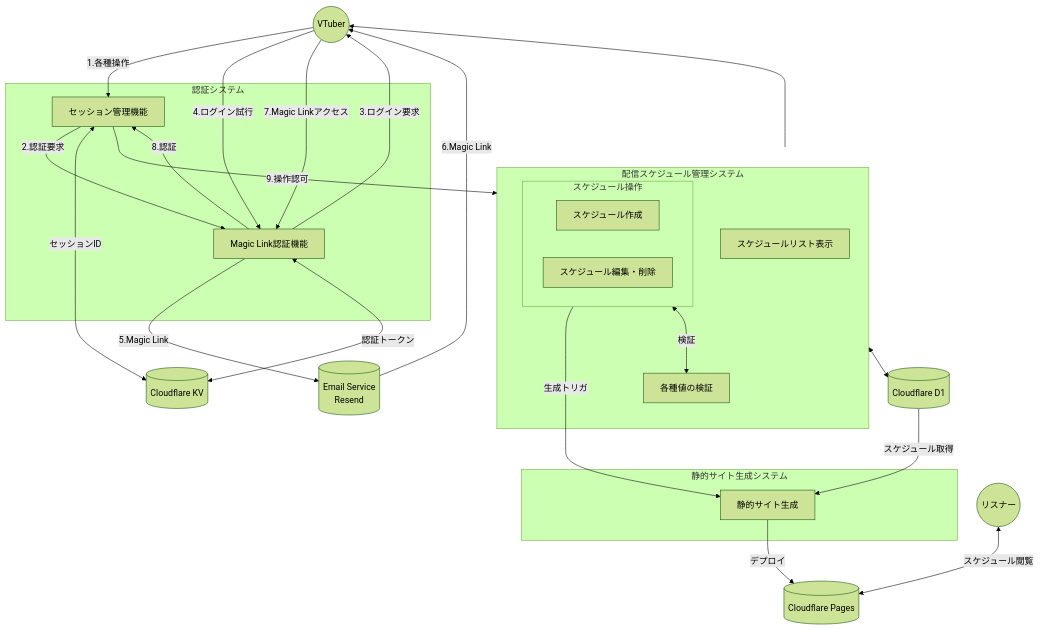
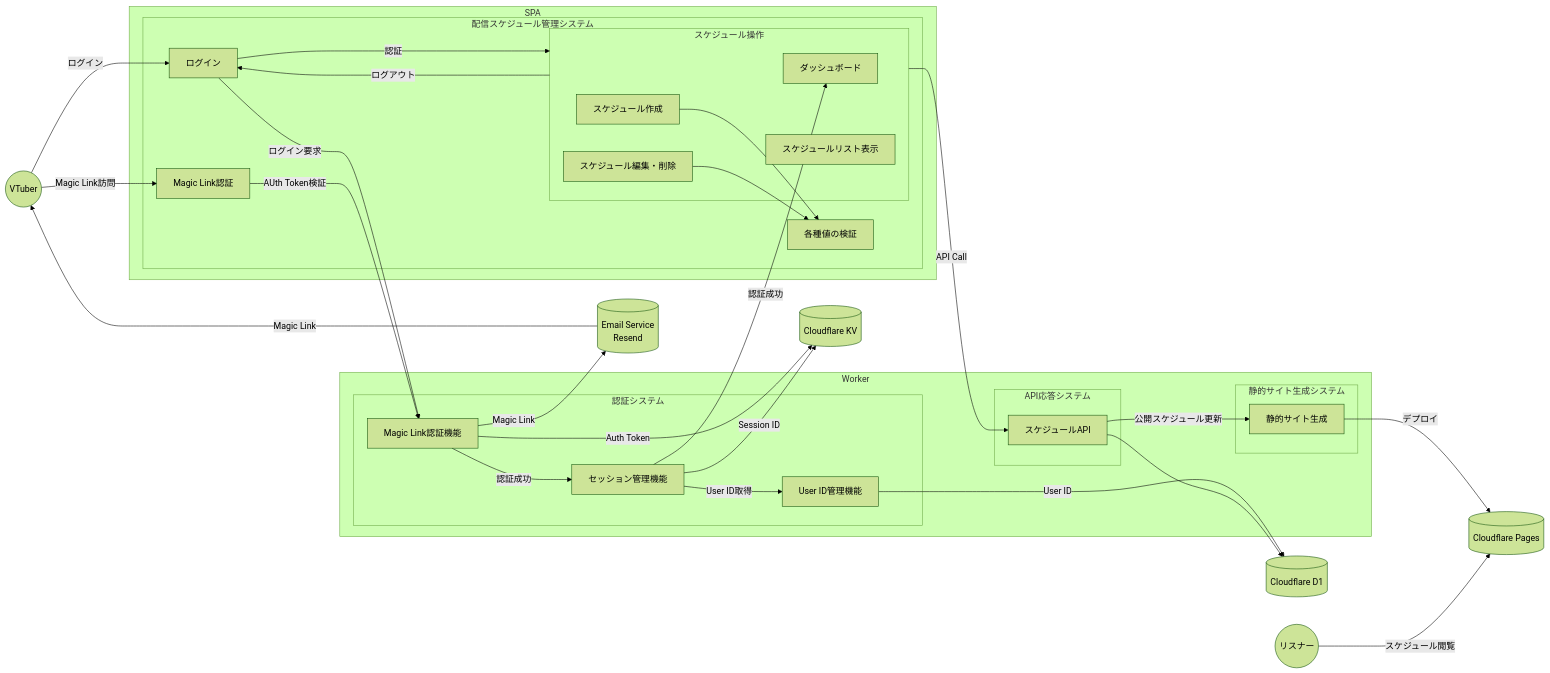
The first of 7 diagrams in doc/devel/PHASE_01/01_05_FUNCTIONAL_SPEC.md (osawa-naotaka/vtunehub), drawn with Mermaid (forest theme) before and after one commit. The commit also changed other lines of this file and 1 other file, not shown here.

````diff
--- a/doc/devel/PHASE_01/01_05_FUNCTIONAL_SPEC.md
+++ b/doc/devel/PHASE_01/01_05_FUNCTIONAL_SPEC.md
@@ -18,5 +18,5 @@
 ```mermaid
-graph TB
+graph LR
 
   %% Actor and External Services
   ACTOR_VTUBER(("VTuber"))
@@ -26,63 +26,87 @@
   SV_D1[("Cloudflare D1")]
   SV_PAGES[("Cloudflare Pages")]
   
+  subgraph ENV_WORKER["Worker"]
+    %% AUth system
+    subgraph SYS_AUTH["認証システム"]
+      FN_AUTH["Magic Link認証機能"]
+      FN_SESSION["セッション管理機能"]
+      FN_USER["User ID管理機能"]
+    end
 
-  %% AUth system
-  subgraph SYS_AUTH["認証システム"]
-    FN_AUTH["Magic Link認証機能"]
-    FN_SESSION["セッション管理機能"]
+    %% API Response
+    subgraph SYS_API["API応答システム"]
+      FN_API_SCHED["スケジュールAPI"]
+    end
+
+    %% Static Site Generation
+    subgraph SYS_DEPLOY["静的サイト生成システム"]
+      FN_DEPLOY["静的サイト生成"]
+    end
   end
 
-  %% Auth flow
-  ACTOR_VTUBER --"1.各種操作"--> FN_SESSION
-    FN_SESSION --"2.認証要求"--> FN_AUTH
-  FN_AUTH --"3.ログイン要求"--> ACTOR_VTUBER
-  ACTOR_VTUBER --"4.ログイン試行"--> FN_AUTH
-  FN_AUTH --"5.Magic Link"--> SV_EMAIL
-  SV_EMAIL --"6.Magic Link"--> ACTOR_VTUBER
-  ACTOR_VTUBER --"7.Magic Linkアクセス"--> FN_AUTH
-    FN_AUTH --"8.認証"--> FN_SESSION
-  FN_SESSION --"9.操作認可"--> SYS_SCHED
+  subgraph ENV_SPA["SPA"]
+    %% Schedule Managament System
+    subgraph SYS_SCHED["配信スケジュール管理システム"]
+      FN_LOGIN["ログイン"]
+      FN_SPA_AUTH["Magic Link認証"]
+      subgraph FN_SCHED["スケジュール操作"]
+        FN_DASHBOARD["ダッシュボード"]
+        FN_CREATE["スケジュール作成"]
+        FN_EDIT["スケジュール編集・削除"]
+        FN_LIST["スケジュールリスト表示"]
+      end
+      FN_VALID["各種値の検証"]
 
-  %% Token and ID Storage
-  FN_SESSION <--"セッションID"--> SV_KV
-  FN_AUTH <--"認証トークン"--> SV_KV
+      FN_CREATE --> FN_VALID
+      FN_EDIT --> FN_VALID
+    end
+  end
 
 
+  %% ログイン
+  ACTOR_VTUBER --"ログイン"--> FN_LOGIN
+  FN_LOGIN --"認証"--> FN_SCHED
+  FN_SCHED --"ログアウト"--> FN_LOGIN
 
-  %% Static Site Generation
-  subgraph SYS_DEPLOY["静的サイト生成システム"]
-    FN_DEPLOY["静的サイト生成"]
-  end
+  %% SPA to Worker
+  FN_LOGIN --"ログイン要求"--> FN_AUTH
 
-  FN_SCHED_MANIPULATE --"生成トリガ"--> FN_DEPLOY
+  %% Auth
+  FN_AUTH --"認証成功"--> FN_SESSION
+  FN_SESSION --"User ID取得"--> FN_USER
+
+  %% Worker to SPA
+  FN_SESSION --"認証成功"--> FN_DASHBOARD
+
+  %% Worker to Service
+  FN_AUTH --"Auth Token"--> SV_KV
+  FN_AUTH --"Magic Link"--> SV_EMAIL
+  FN_SESSION --"Session ID"--> SV_KV
+  FN_USER --"User ID"--> SV_D1
+
+  %% Service to VTuber
+  SV_EMAIL --"Magic Link"--> ACTOR_VTUBER
+
+  %% Vtuber to SPA
+  ACTOR_VTUBER --"Magic Link訪問"--> FN_SPA_AUTH
+
+  %% SPA to Worker
+  FN_SPA_AUTH --"AUth Token検証"--> FN_AUTH
+
+  %% API呼び出し
+  FN_SCHED --"API Call"--> FN_API_SCHED
+
+  %% Worker to Service
+  FN_API_SCHED --> SV_D1
+
+  %% 静的サイト生成
+  FN_API_SCHED --"公開スケジュール更新"--> FN_DEPLOY
+
+  %% Worker to Service
+  FN_DEPLOY --"デプロイ"--> SV_PAGES
 
   %% Access to Static Site
-  ACTOR_USER <--"スケジュール閲覧"--> SV_PAGES
-
-
-
-  %% Schedule Managament System
-  subgraph SYS_SCHED["配信スケジュール管理システム"]
-    subgraph FN_SCHED_MANIPULATE["スケジュール操作"]
-      FN_CREATE["スケジュール作成"]
-      FN_EDIT["スケジュール編集・削除"]
-    end
-    FN_LIST["スケジュールリスト表示"]
-    FN_VALID["各種値の検証"]
-
-    FN_SCHED_MANIPULATE <--"検証"--> FN_VALID
-  end
-
-  %% Schedule Storage
-  SYS_SCHED <--> SV_D1
-
-  %% Static Site Deploy
-  SV_D1 --"スケジュール取得"--> FN_DEPLOY 
-  FN_DEPLOY --"デプロイ"--> SV_PAGES
-
-  %% Response to Actor
-  SYS_SCHED --> ACTOR_VTUBER
-
+  ACTOR_USER --"スケジュール閲覧"--> SV_PAGES
 
 ```
````
